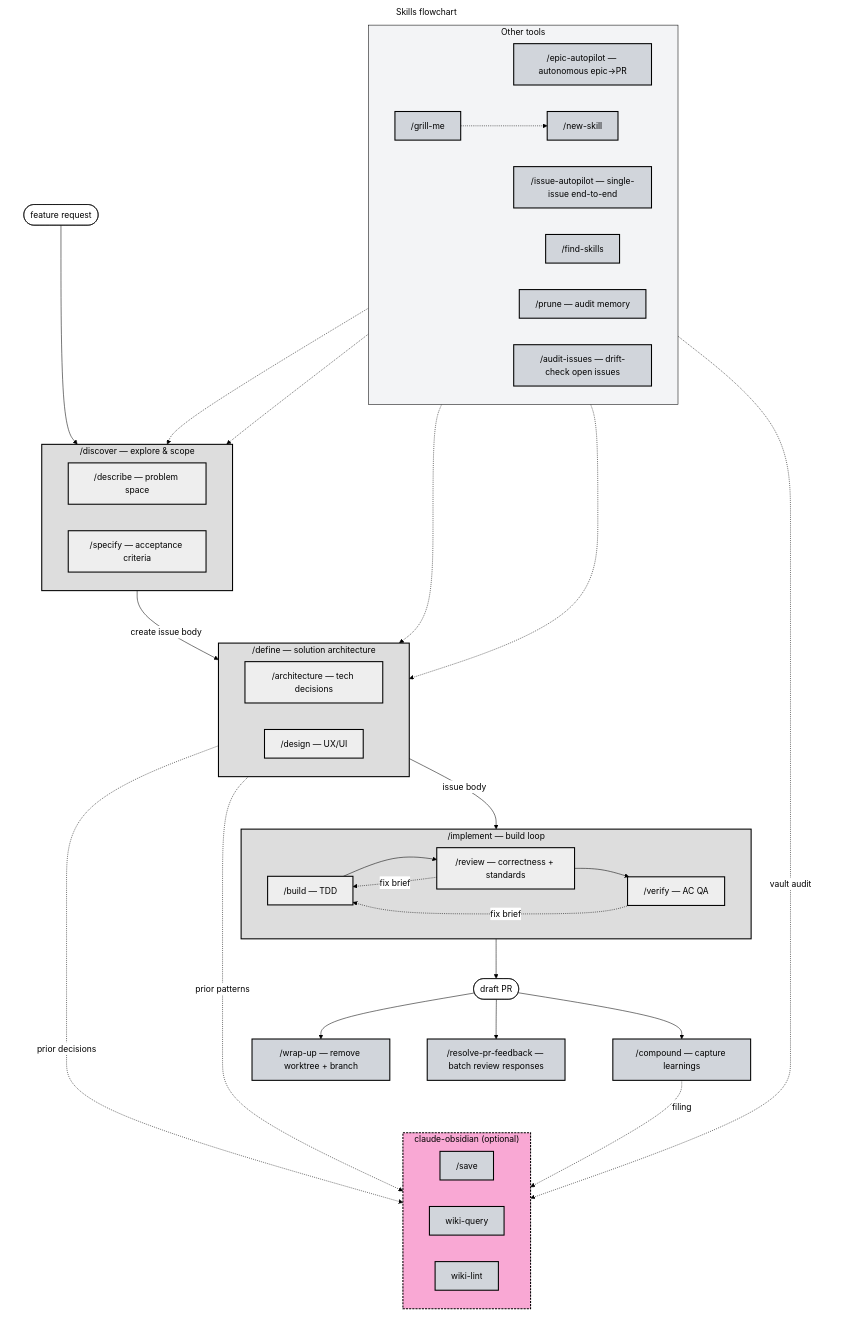
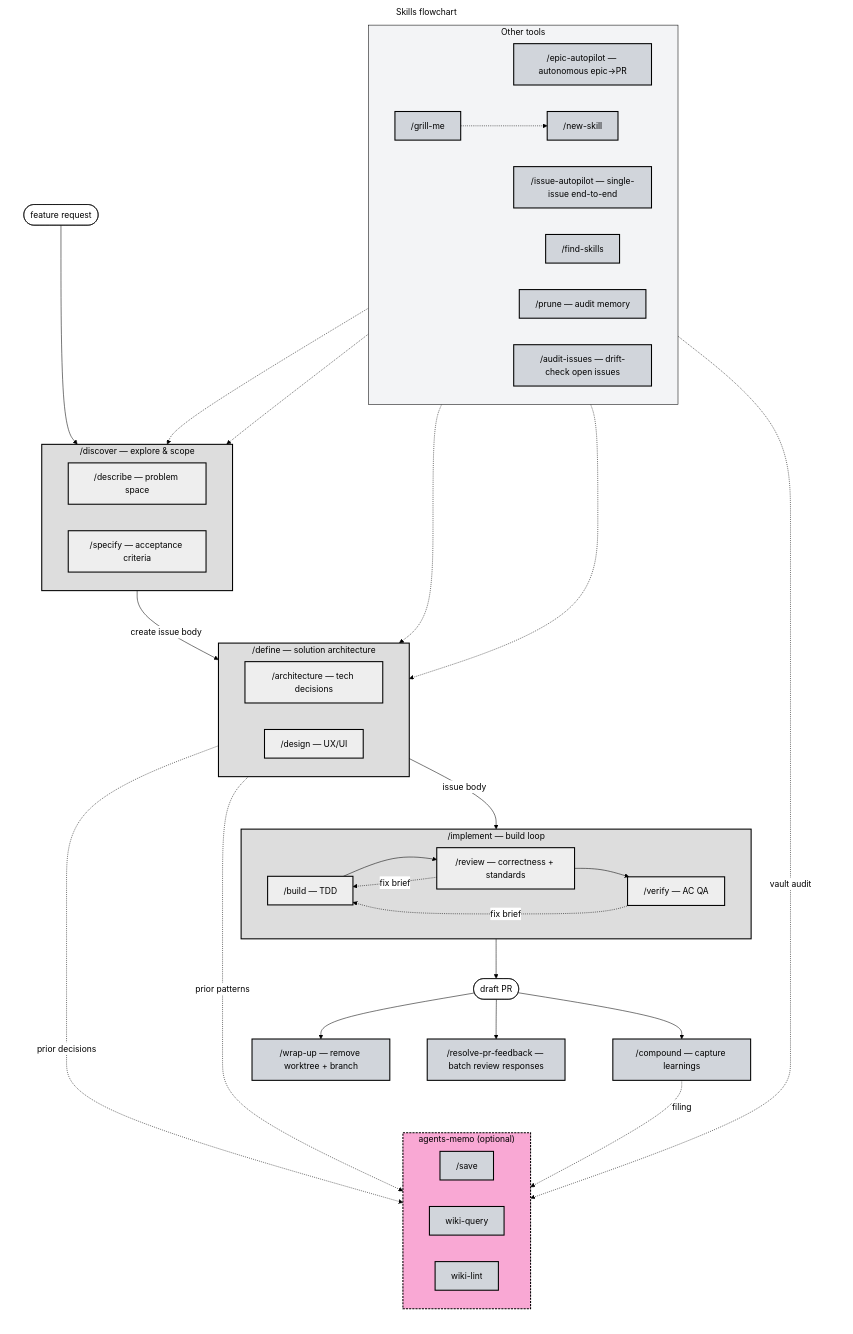
Before and after one commit to misiekhardcore/claude-workflow: the diagram in README.md, drawn with Mermaid. The commit also changed other lines of this file and 5 other files, not shown here.

Commit message:
feat: update references from claude-obsidian to agents-memo in documentation and skills

````diff
--- a/README.md
+++ b/README.md
@@ -5,78 +5,78 @@
 ```mermaid
 %%{init: {'theme':'base', 'themeVariables': {'background':'#000','primaryColor':'#ffffff','primaryTextColor':'#000000','primaryBorderColor':'#000000','lineColor':'#000000','textColor':'#000000','titleColor':'#000000','clusterBkg':'#f3f4f6','clusterBorder':'#000000','edgeLabelBackground':'#ffffff'}}}%%
 flowchart TB
     subgraph Canvas["Skills flowchart"]
         direction TB
         Start([feature request]) --> Discovery
 
         subgraph Discovery["/discover — explore & scope"]
             direction LR
             D_Describe["/describe — problem space"]
             D_Specify["/specify — acceptance criteria"]
 
         end
 
         subgraph Define["/define — solution architecture"]
             direction LR
             Df_Arch["/architecture — tech decisions"]
             Df_Design["/design — UX/UI"]
         end
 
         subgraph Implement["/implement — build loop"]
             direction LR
             I_Build["/build — TDD"]
             I_Review["/review — correctness + standards"]
             I_Verify["/verify — AC QA"]
             I_Build --> I_Review --> I_Verify
             I_Verify -.fix brief.-> I_Build
             I_Review -.fix brief.-> I_Build
         end
 
         Discovery -->|create issue body| Define
         Define -->|issue body| Implement
         Implement --> PR([draft PR])
         PR --> Compound["/compound — capture learnings"]
         PR --> ResolvePR["/resolve-pr-feedback — batch review responses"]
         PR --> WrapUp["/wrap-up — remove worktree + branch"]
 
         subgraph Meta["Other tools"]
             direction LR
             EpicAutopilot["/epic-autopilot — autonomous epic→PR"]
             IssueAutopilot["/issue-autopilot — single-issue end-to-end"]
             NewSkill["/new-skill"]
             FindSkills["/find-skills"]
             Prune["/prune — audit memory"]
             AuditIssues["/audit-issues — drift-check open issues"]
             GrillMe["/grill-me"]
         end
 
         GrillMe -.-> D_Describe
         GrillMe -.-> D_Specify
         GrillMe -.-> Df_Arch
         GrillMe -.-> Df_Design
         GrillMe -.-> NewSkill
 
-        subgraph Obsidian["claude-obsidian (optional)"]
+        subgraph Obsidian["agents-memo (optional)"]
             direction LR
             Save["/save"]
             WikiQuery["wiki-query"]
             WikiLint["wiki-lint"]
         end
         Compound -. filing .-> Save
         Df_Arch -. prior patterns .-> WikiQuery
         Define -. prior decisions .-> WikiQuery
         Prune -. vault audit .-> WikiLint
     end
 
     classDef canvas fill:#ffffff,stroke:#ffffff,color:#000000
     classDef orch fill:#dddddd,stroke:#000000,stroke-width:2px,color:#000000
     classDef spec fill:#eeeeee,stroke:#000000,stroke-width:2px,color:#000000
     classDef prim fill:#a5b4fc,stroke:#000000,stroke-width:2px,color:#000000
     classDef meta fill:#d1d5db,stroke:#000000,stroke-width:2px,color:#000000
     classDef ext  fill:#f9a8d4,stroke:#000000,stroke-width:2px,stroke-dasharray:4 2,color:#000000
     class Canvas canvas
     class Discovery,Define,Implement orch
     class D_Describe,D_Specify,D_Scout,Df_Arch,Df_Design,I_Build,I_Review,I_Verify spec
     class GrillMe,NewSkill,FindSkills,Prune,AuditIssues,WrapUp,Compound,ResolvePR,EpicAutopilot,IssueAutopilot,Save,WikiQuery,WikiLint meta
     class Obsidian ext
 ```
````
